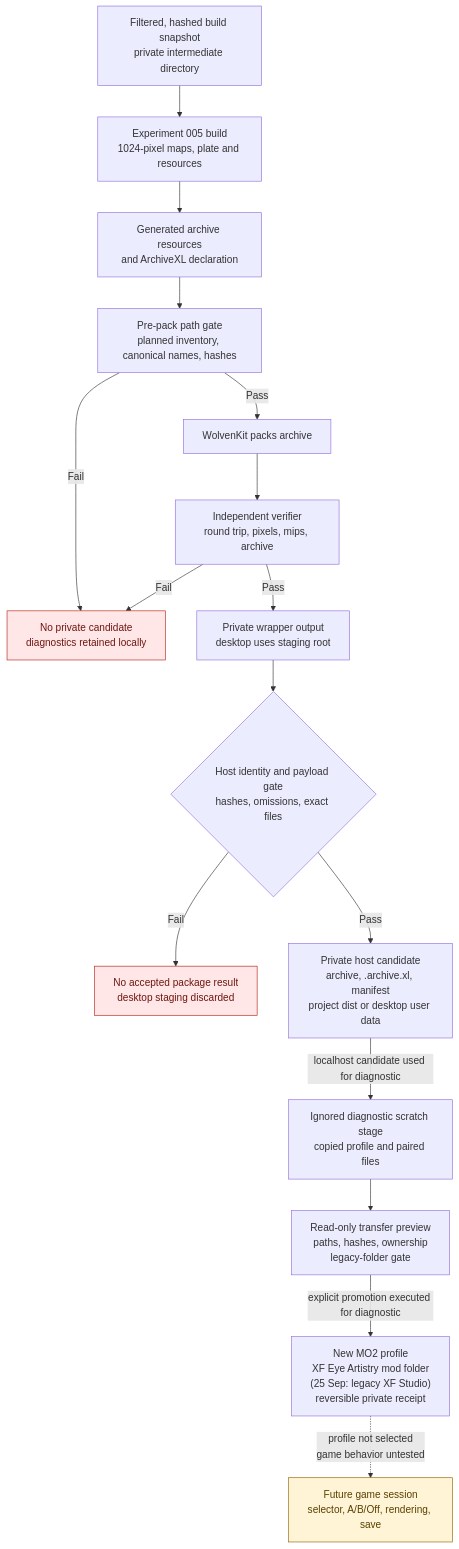
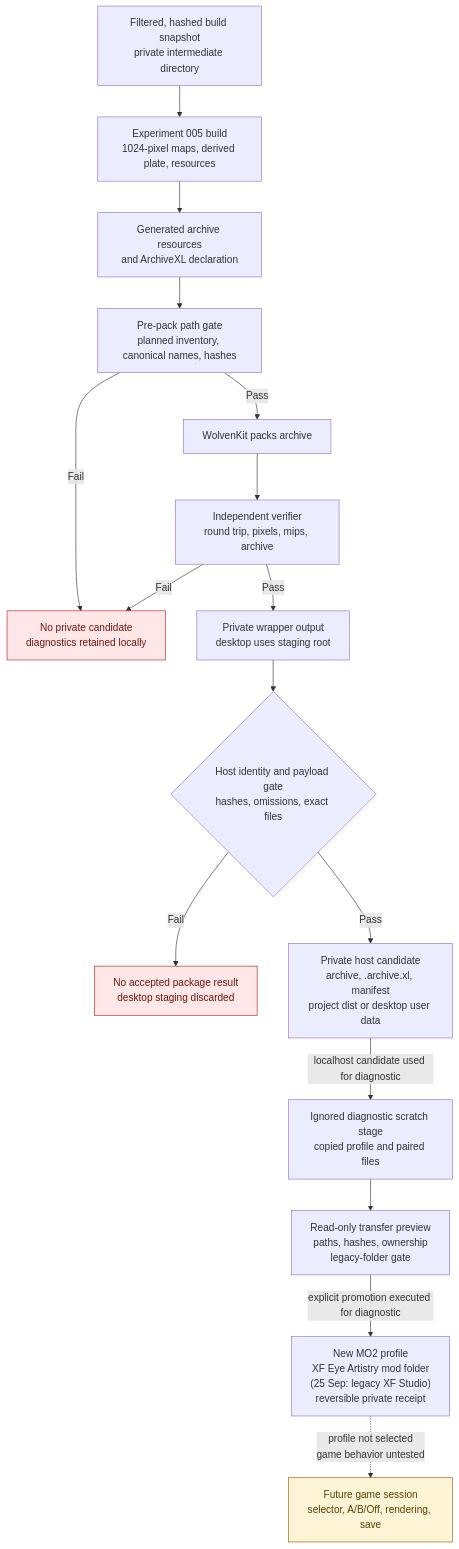
One commit to axefrog/xf-studio changed the second of 3 diagrams in research/authoring/studio-to-mod-pipeline.md. Above: the diagram before and after it, drawn with Mermaid. The commit also changed other lines of this file and 14 other files, not shown here.

````diff
--- a/research/authoring/studio-to-mod-pipeline.md
+++ b/research/authoring/studio-to-mod-pipeline.md
@@ -46,23 +48,23 @@
 ```mermaid
 flowchart TB
-  snapshot["Filtered, hashed build snapshot<br/>private intermediate directory"] --> bake["Experiment 005 build<br/>1024-pixel maps, plate and resources"]
+  snapshot["Filtered, hashed build snapshot<br/>private intermediate directory"] --> bake["Experiment 005 build<br/>1024-pixel maps, derived plate, resources"]
   bake --> resources["Generated archive resources<br/>and ArchiveXL declaration"]
   resources --> gate["Pre-pack path gate<br/>planned inventory, canonical names, hashes"]
   gate -- Fail --> stop
   gate -- Pass --> pack["WolvenKit packs archive"]
   pack --> verifier["Independent verifier<br/>round trip, pixels, mips, archive"]
   verifier -- Fail --> stop["No private candidate<br/>diagnostics retained locally"]
   verifier -- Pass --> dist["Private wrapper output<br/>desktop uses staging root"]
   dist --> resultGate{"Host identity and payload gate<br/>hashes, omissions, exact files"}
   resultGate -- Fail --> unaccepted["No accepted package result<br/>desktop staging discarded"]
   resultGate -- Pass --> candidate["Private host candidate<br/>archive, .archive.xl, manifest<br/>project dist or desktop user data"]
   candidate -- "localhost candidate used for diagnostic" --> scratch["Ignored diagnostic scratch stage<br/>copied profile and paired files"]
   scratch --> preview["Read-only transfer preview<br/>paths, hashes, ownership<br/>legacy-folder gate"]
   preview -- "explicit promotion executed for diagnostic" --> mo2["New MO2 profile<br/>XF Eye Artistry mod folder<br/>(25 Sep: legacy XF Studio)<br/>reversible private receipt"]
   mo2 -. "profile not selected<br/>game behavior untested" .-> runtime["Future game session<br/>selector, A/B/Off, rendering, save"]
 
   classDef blocked fill:#ffe7e7,stroke:#b42318,color:#6e1611;
   classDef pending fill:#fff4d6,stroke:#946200,color:#594000;
   class stop,unaccepted blocked;
   class runtime pending;
 ```
````
